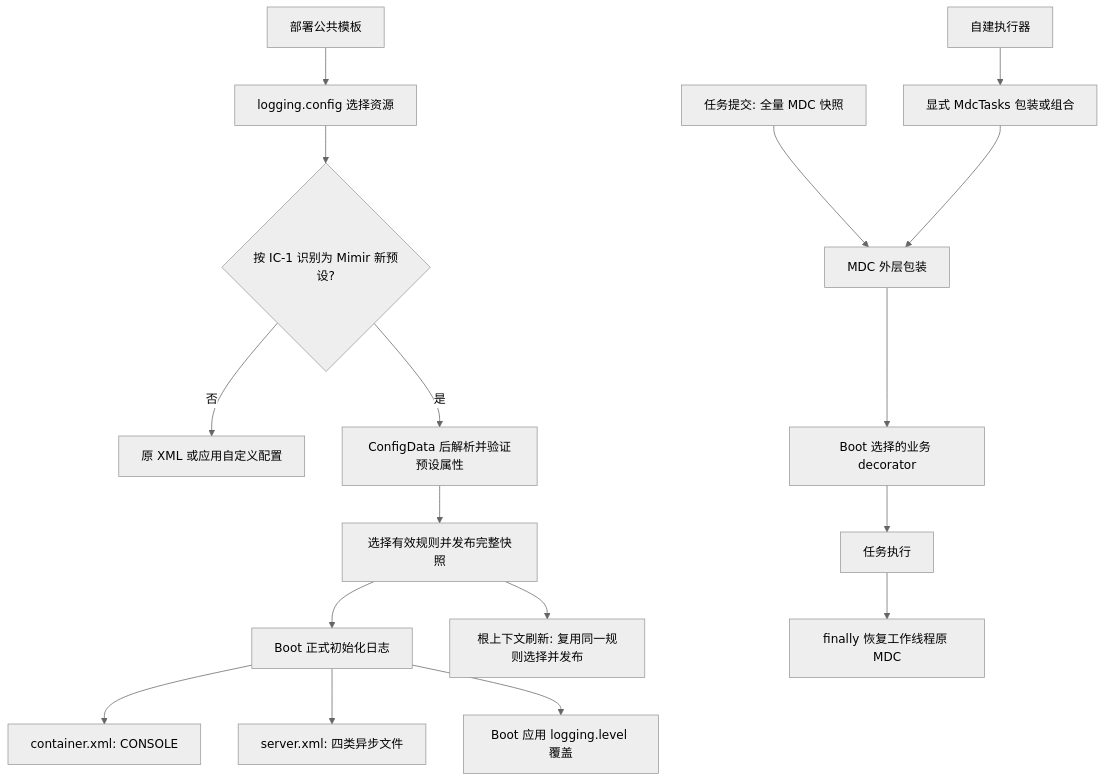
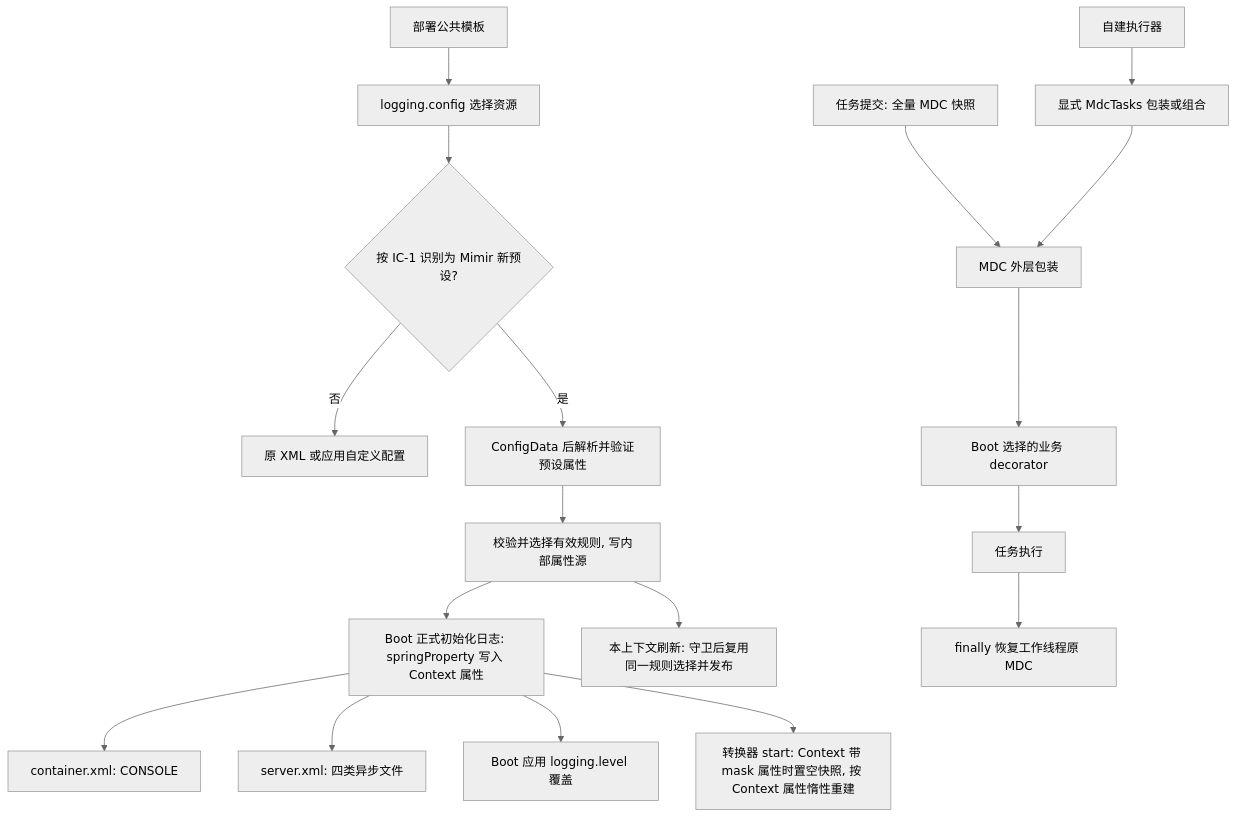
Before and after one commit to Yggdrasil-Labs/mimir-boot: the diagram in docs/active/v2.4.0/log-runtime/design.md, drawn with Mermaid (neutral theme). The commit also changed other lines of this file and 7 other files, not shown here.

````diff
--- a/docs/active/v2.4.0/log-runtime/design.md
+++ b/docs/active/v2.4.0/log-runtime/design.md
@@ -49,19 +49,20 @@
 ```mermaid
 flowchart TD
     Deployment[部署公共模板] --> Config[logging.config 选择资源]
     Config --> Gate{按 IC-1 识别为 Mimir 新预设?}
     Gate -->|否| Legacy[原 XML 或应用自定义配置]
     Gate -->|是| EPP[ConfigData 后解析并验证预设属性]
-    EPP --> Rules[选择有效规则并发布完整快照]
-    Rules --> BootLogging[Boot 正式初始化日志]
+    EPP --> Rules[校验并选择有效规则, 写内部属性源]
+    Rules --> BootLogging[Boot 正式初始化日志: springProperty 写入 Context 属性]
     BootLogging --> Container[container.xml: CONSOLE]
     BootLogging --> Server[server.xml: 四类异步文件]
     BootLogging --> Levels[Boot 应用 logging.level 覆盖]
-    Rules --> Refresh[根上下文刷新: 复用同一规则选择并发布]
+    BootLogging --> Converter[转换器 start: Context 带 mask 属性时置空快照, 按 Context 属性惰性重建]
+    Rules --> Refresh[本上下文刷新: 守卫后复用同一规则选择并发布]
     Submit[任务提交: 全量 MDC 快照] --> Mdc[MDC 外层包装]
     Mdc --> Business[Boot 选择的业务 decorator]
     Business --> Task[任务执行]
     Task --> Restore[finally 恢复工作线程原 MDC]
     Custom[自建执行器] --> Explicit[显式 MdcTasks 包装或组合]
     Explicit --> Mdc
 ```
````
